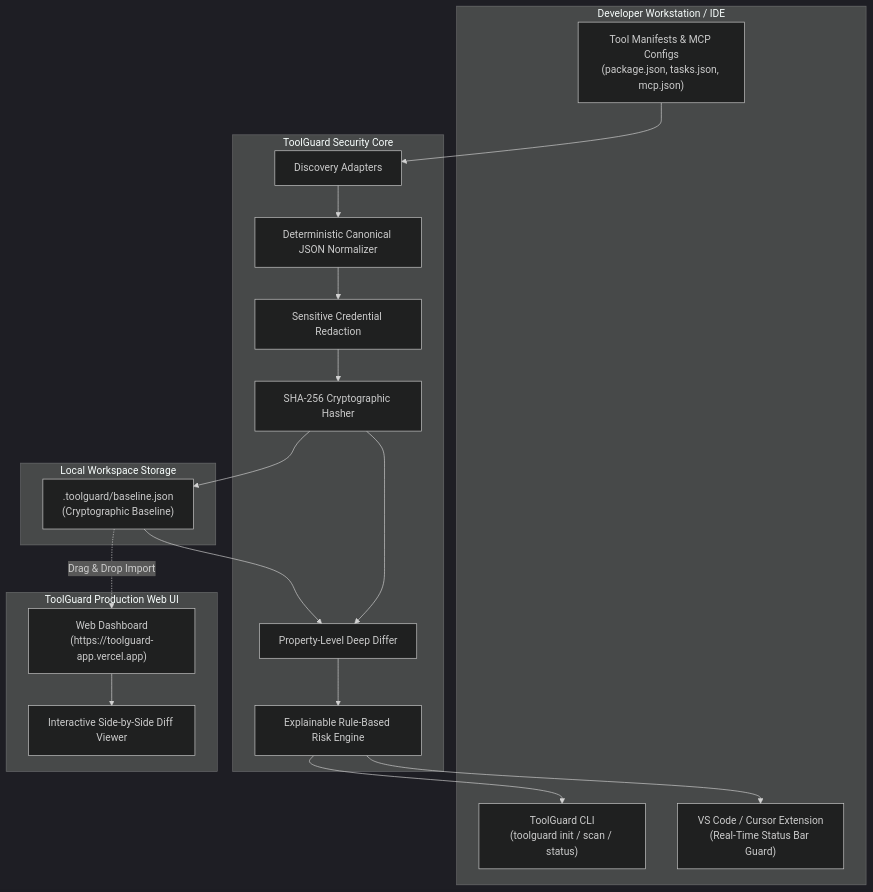
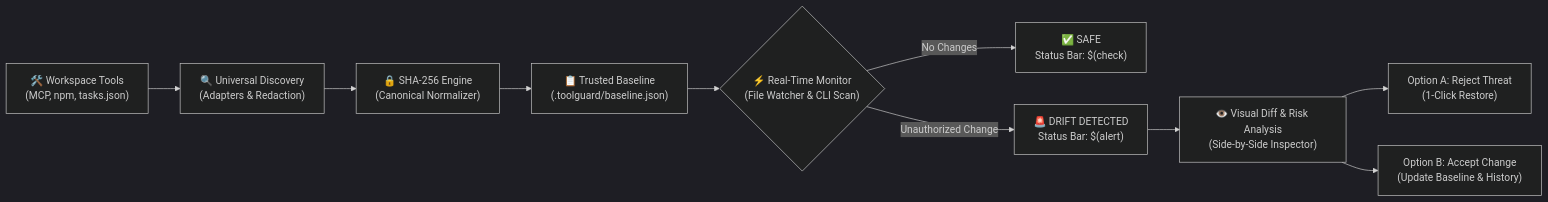
One commit to Kaustubh-Barad-007/ToolGuard changed the first of 2 diagrams in README.md. Above: the diagram before and after it, drawn with Mermaid (dark theme). The commit also changed other lines of this file, not shown here.

First line of the commit message:
docs: modernize README with intuitive diagrams, quickstart flow, and local bridge options

````diff
--- a/README.md
+++ b/README.md
@@ -98,39 +41,12 @@
 ```mermaid
-flowchart TD
-    subgraph DevWorkspace [Developer Workstation / IDE]
-        Manifests["Tool Manifests & MCP Configs<br/>(package.json, tasks.json, mcp.json)"]
-        CLI["ToolGuard CLI<br/>(toolguard init / scan / status)"]
-        VSCodeExt["VS Code / Cursor Extension<br/>(Real-Time Status Bar Guard)"]
-    end
-
-    subgraph SecurityEngine [ToolGuard Security Core]
-        Discovery["Discovery Adapters"]
-        Normalizer["Deterministic Canonical JSON Normalizer"]
-        Hasher["SHA-256 Cryptographic Hasher"]
-        Differ["Property-Level Deep Differ"]
-        RiskEngine["Explainable Rule-Based Risk Engine"]
-        Redaction["Sensitive Credential Redaction"]
-    end
-
-    subgraph Storage [Local Workspace Storage]
-        BaselineFile[".toolguard/baseline.json<br/>(Cryptographic Baseline)"]
-    end
-
-    subgraph Dashboard [ToolGuard Production Web UI]
-        WebUI["Web Dashboard<br/>(https://toolguard-app.vercel.app)"]
-        DiffUI["Interactive Side-by-Side Diff Viewer"]
-    end
-
-    Manifests --> Discovery
-    Discovery --> Normalizer
-    Normalizer --> Redaction
-    Redaction --> Hasher
-    Hasher --> BaselineFile
-    BaselineFile --> Differ
-    Hasher --> Differ
-    Differ --> RiskEngine
-    RiskEngine --> CLI
-    RiskEngine --> VSCodeExt
-    BaselineFile -.->|Drag & Drop Import| WebUI
-    WebUI --> DiffUI
+flowchart LR
+    A["🛠️ Workspace Tools<br/>(MCP, npm, tasks.json)"] --> B["🔍 Universal Discovery<br/>(Adapters & Redaction)"]
+    B --> C["🔒 SHA-256 Engine<br/>(Canonical Normalizer)"]
+    C --> D["📋 Trusted Baseline<br/>(.toolguard/baseline.json)"]
+    D --> E{"⚡ Real-Time Monitor<br/>(File Watcher & CLI Scan)"}
+    E -- "No Changes" --> F["✅ SAFE<br/>Status Bar: $(check)"]
+    E -- "Unauthorized Change" --> G["🚨 DRIFT DETECTED<br/>Status Bar: $(alert)"]
+    G --> H["👁️ Visual Diff & Risk Analysis<br/>(Side-by-Side Inspector)"]
+    H --> I["Option A: Reject Threat<br/>(1-Click Restore)"]
+    H --> J["Option B: Accept Change<br/>(Update Baseline & History)"]
 ```
````
